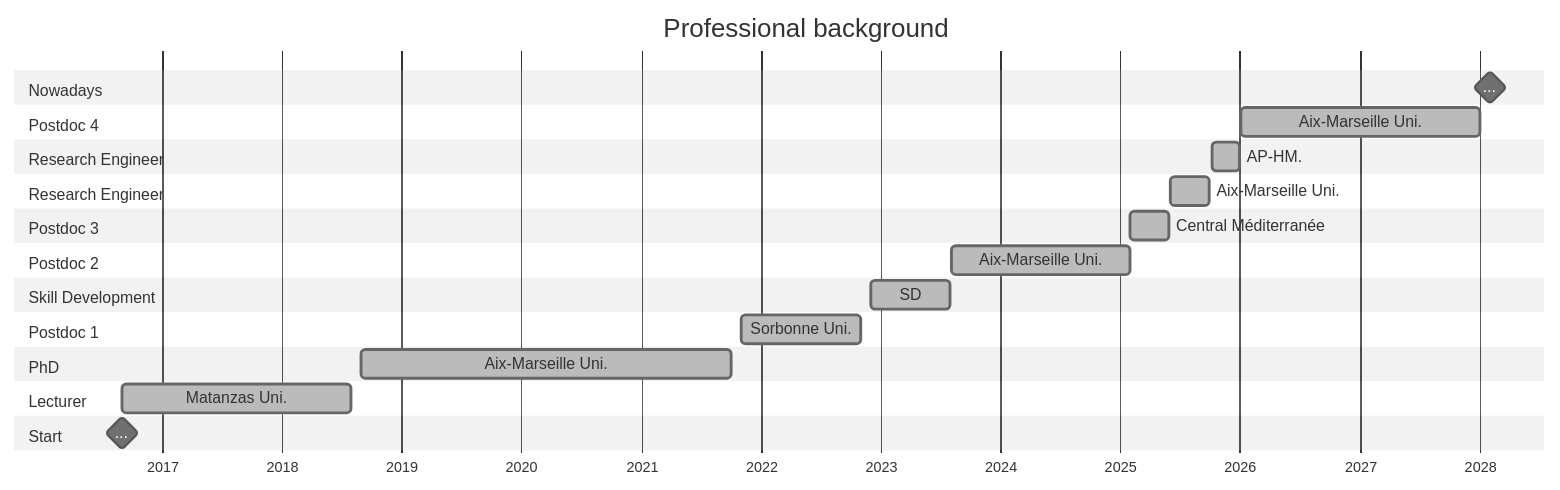
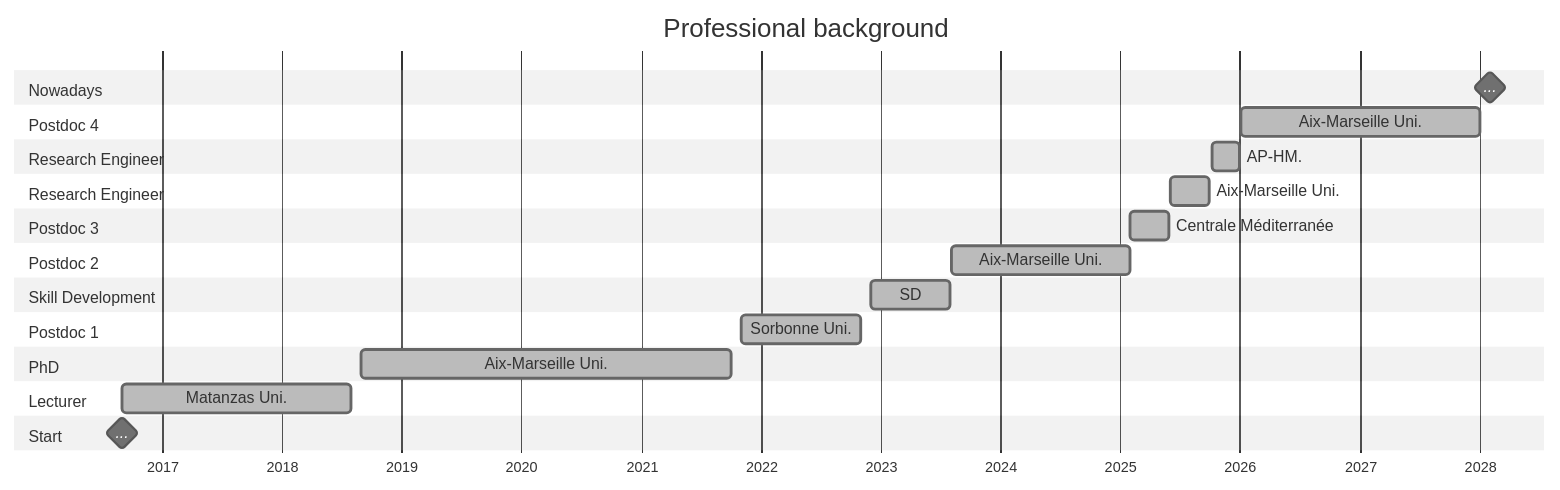
One commit to olcruzgonzalez/olcruzgonzalez.github.io changed the diagram in _tabs/experience.md. Above: the diagram before and after it, drawn with Mermaid (neutral theme). The commit also changed other lines of this file and 4 other files, not shown here.

````diff
--- a/_tabs/experience.md
+++ b/_tabs/experience.md
@@ -60,28 +60,28 @@
 ```mermaid
   gantt
     title  Professional background
     dateFormat  YYYY-MM-DD
     axisFormat %Y
   section Nowadays
     ... :milestone, aa, 2028-02-01, 2028-02-02
     section Postdoc 4
     Aix-Marseille Uni. :done, b, 2026-01-05, 2028-01-04
   section Research Engineer 
     AP-HM. :done, b, 2025-10-06, 2025-12-31
   section Research Engineer
     Aix-Marseille Uni. :done, b, 2025-06-01, 2025-09-30
   section Postdoc 3
-    Central Méditerranée :done, b, 2025-02-01, 2025-05-31
+    Centrale Méditerranée :done, b, 2025-02-01, 2025-05-31
   section Postdoc 2
     Aix-Marseille Uni. :done, b, 2023-08-03, 2025-01-31
   section Skill Development
     SD :done, a, 2022-12-01, 2023-08-01
   section Postdoc 1
     Sorbonne Uni. :done, a, 2021-11-01, 2022-11-01
   section PhD
     Aix-Marseille Uni. :done, a, 2018-09-01, 2021-10-01
   section Lecturer
     Matanzas Uni. :done, a, 2016-09-01, 2018-08-01
   section Start
     ... :milestone, aa, 2016-09-01, 2016-09-01
 ```
````
